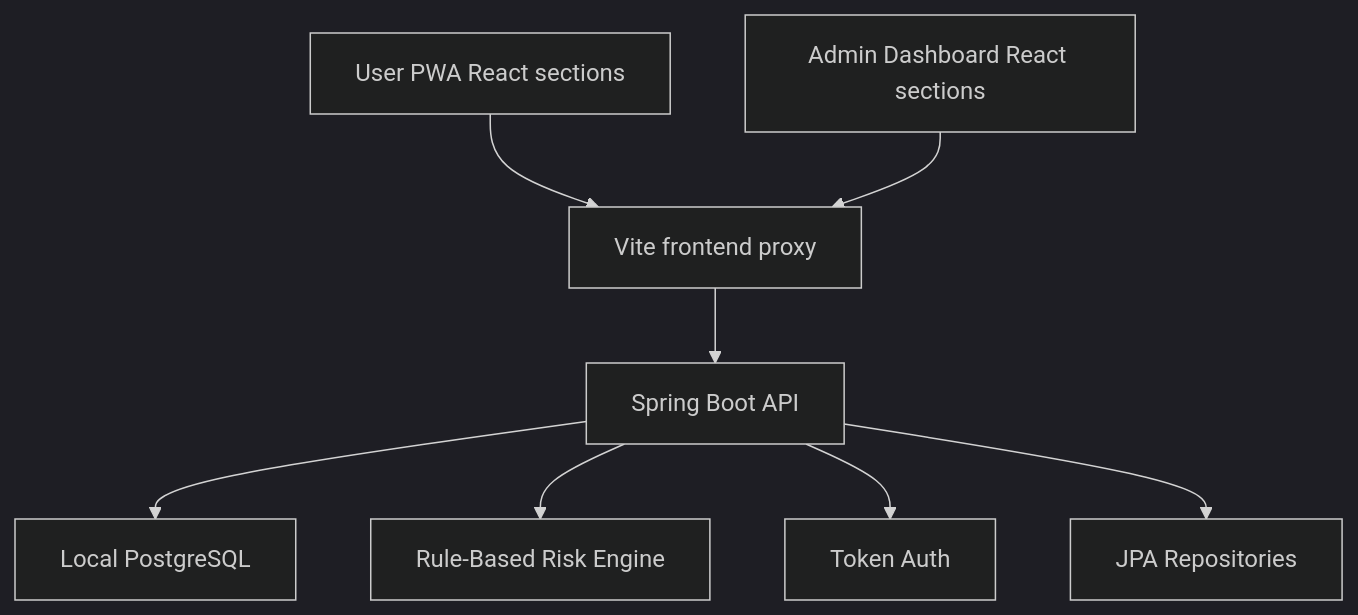
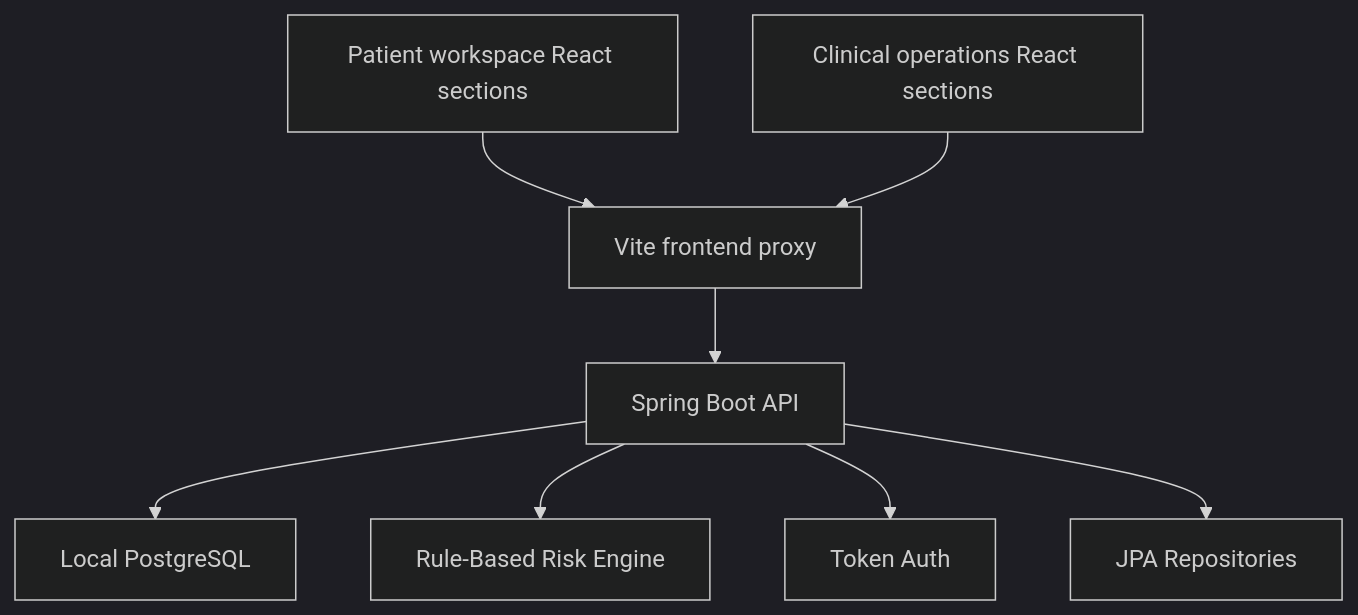
Before and after one commit to VAMSIBALAKIRANPOLISETTY/PMS_PROJECT: the diagram in docs/architecture.md, drawn with Mermaid (dark theme). The commit also changed other lines of this file and 51 other files, not shown here.

````diff
--- a/docs/architecture.md
+++ b/docs/architecture.md
@@ -3,10 +3,10 @@
 ```mermaid
 flowchart TD
-  A["User PWA React sections"] --> B["Vite frontend proxy"]
-  C["Admin Dashboard React sections"] --> B
+  A["Patient workspace React sections"] --> B["Vite frontend proxy"]
+  C["Clinical operations React sections"] --> B
   B --> D["Spring Boot API"]
   D --> E["Local PostgreSQL"]
   D --> F["Rule-Based Risk Engine"]
   D --> G["Token Auth"]
   D --> H["JPA Repositories"]
 ```
````
